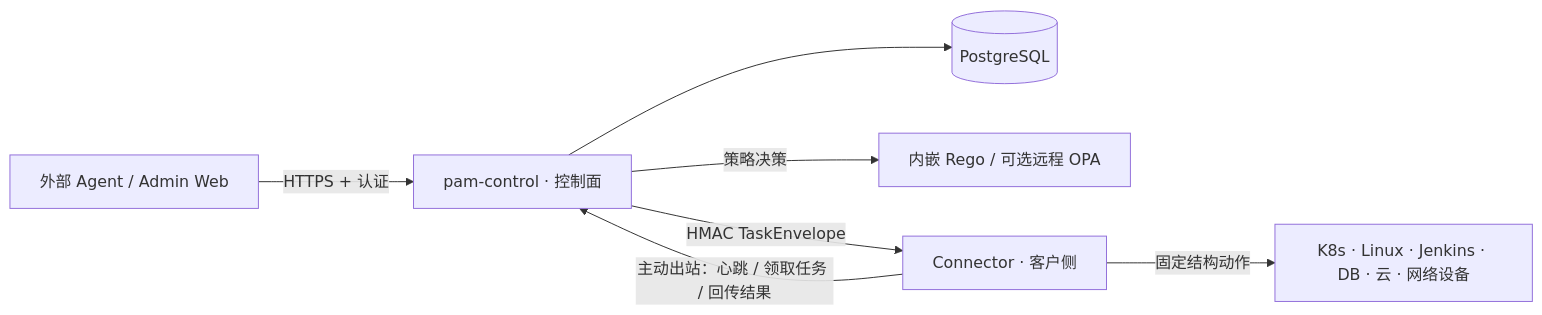
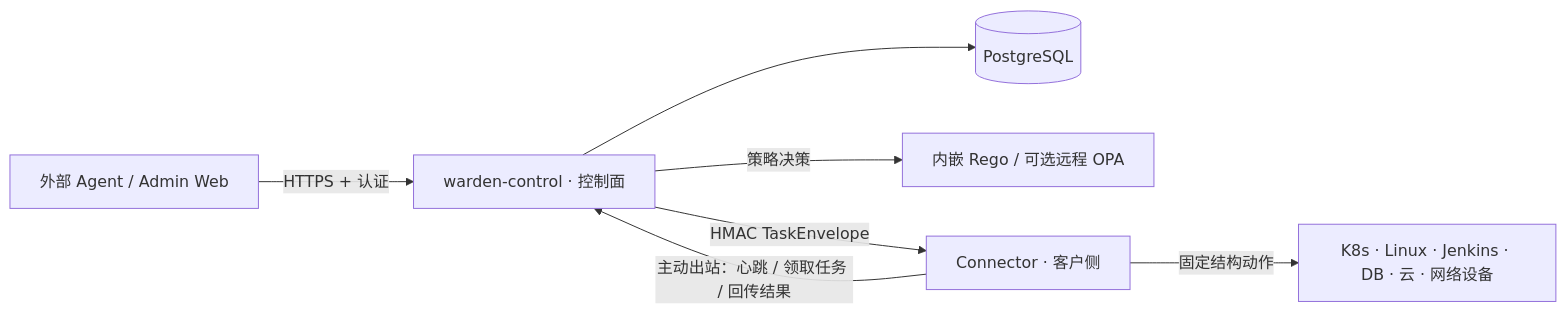
One commit to warden-platform/warden changed the diagram in README.md. Above: the diagram before and after it, drawn with Mermaid. The commit also changed other lines of this file and 236 other files, not shown here.

First line of the commit message:
refactor!: rename project from PAM/HighTower to Warden

````diff
--- a/README.md
+++ b/README.md
@@ -111,16 +111,16 @@
 ```mermaid
 flowchart LR
     AGENT["外部 Agent / Admin Web"]
-    CTRL["pam-control · 控制面"]
+    CTRL["warden-control · 控制面"]
     PG[("PostgreSQL")]
     OPA["内嵌 Rego / 可选远程 OPA"]
     CONN["Connector · 客户侧"]
     TARGET["K8s · Linux · Jenkins · DB · 云 · 网络设备"]
 
     AGENT -->|HTTPS + 认证| CTRL
     CTRL --> PG
     CTRL -->|策略决策| OPA
     CONN -->|主动出站：心跳 / 领取任务 / 回传结果| CTRL
     CTRL -->|HMAC TaskEnvelope| CONN
     CONN -->|固定结构动作| TARGET
 ```
````
